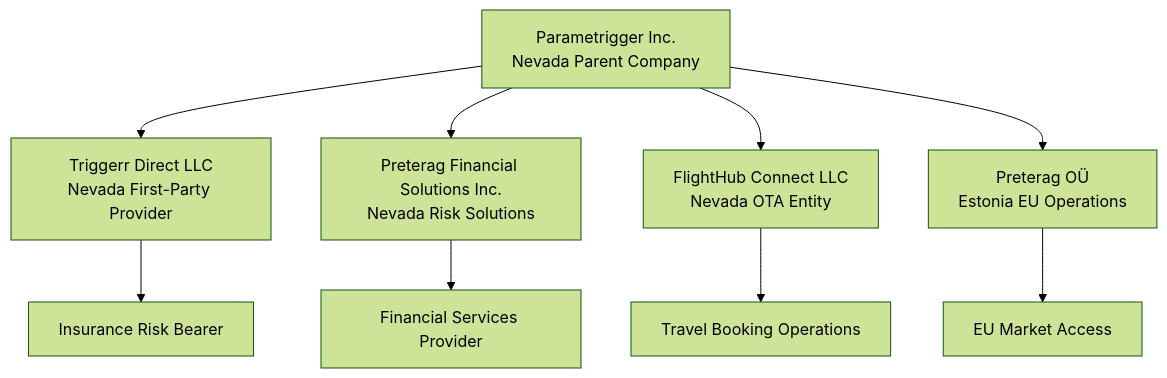
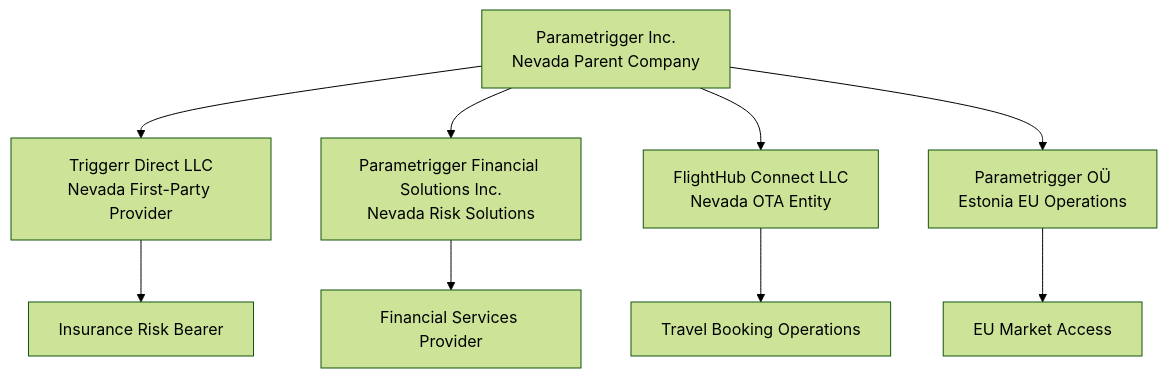
The second of 2 diagrams in docs/01_vision/01_VISION_MASTER.md (e3o8o/triggerr), drawn with Mermaid (forest theme) before and after one commit. The commit also changed other lines of this file and 39 other files, not shown here.

````diff
--- a/docs/01_vision/01_VISION_MASTER.md
+++ b/docs/01_vision/01_VISION_MASTER.md
@@ -316,12 +316,12 @@
 ```mermaid
 graph TD
     A[Parametrigger Inc.<br/>Nevada Parent Company] --> B[Triggerr Direct LLC<br/>Nevada First-Party Provider]
-    A --> C[Preterag Financial Solutions Inc.<br/>Nevada Risk Solutions]
+    A --> C[Parametrigger Financial Solutions Inc.<br/>Nevada Risk Solutions]
     A --> D[FlightHub Connect LLC<br/>Nevada OTA Entity]
-    A --> E[Preterag OÜ<br/>Estonia EU Operations]
+    A --> E[Parametrigger OÜ<br/>Estonia EU Operations]
     
     B --> B1[Insurance Risk Bearer]
     C --> C1[Financial Services Provider]
     D --> D1[Travel Booking Operations]
     E --> E1[EU Market Access]
 ```
````
